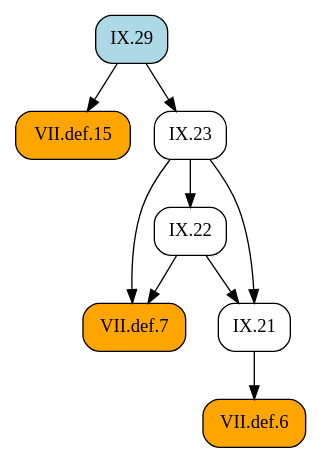
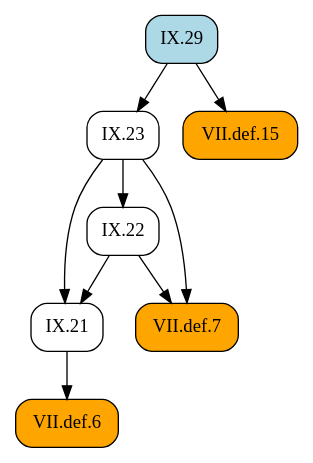
One commit to geometor/elements changed the diagram in docsrc/heath/IX/29/index.rst. Above: the diagram before and after it, drawn with Graphviz. The commit also changed other lines of this file and 1029 other files, not shown here.

```diff
--- a/docsrc/heath/IX/29/index.rst
+++ b/docsrc/heath/IX/29/index.rst
@@ -30,21 +30,21 @@
 .. graphviz::
 
    digraph {
      rankdir="TB";
      node [shape=box, style=rounded];
+     "IX.21" [URL="/heath/IX/21/", target="_top"];
+     "IX.29" [style="rounded,filled", fillcolor=lightblue, URL="/heath/IX/29/", target="_top"];
+     "IX.23" [URL="/heath/IX/23/", target="_top"];
+     "VII.def.6" [style="rounded,filled", fillcolor=orange, URL="/heath/VII/def.6/", target="_top"];
+     "IX.22" [URL="/heath/IX/22/", target="_top"];
+     "VII.def.15" [style="rounded,filled", fillcolor=orange, URL="/heath/VII/def.15/", target="_top"];
      "VII.def.7" [style="rounded,filled", fillcolor=orange, URL="/heath/VII/def.7/", target="_top"];
-     "IX.21" [URL="/heath/IX/21/", target="_top"];
-     "IX.22" [URL="/heath/IX/22/", target="_top"];
-     "IX.29" [style="rounded,filled", fillcolor=lightblue, URL="/heath/IX/29/", target="_top"];
-     "VII.def.6" [style="rounded,filled", fillcolor=orange, URL="/heath/VII/def.6/", target="_top"];
-     "VII.def.15" [style="rounded,filled", fillcolor=orange, URL="/heath/VII/def.15/", target="_top"];
-     "IX.23" [URL="/heath/IX/23/", target="_top"];
+     "IX.22" -> "IX.21";
+     "IX.23" -> "IX.21";
+     "IX.29" -> "IX.23";
+     "IX.21" -> "VII.def.6";
+     "IX.23" -> "IX.22";
+     "IX.29" -> "VII.def.15";
      "IX.22" -> "VII.def.7";
      "IX.23" -> "VII.def.7";
-     "IX.22" -> "IX.21";
-     "IX.23" -> "IX.21";
-     "IX.23" -> "IX.22";
-     "IX.21" -> "VII.def.6";
-     "IX.29" -> "VII.def.15";
-     "IX.29" -> "IX.23";
    }
```
